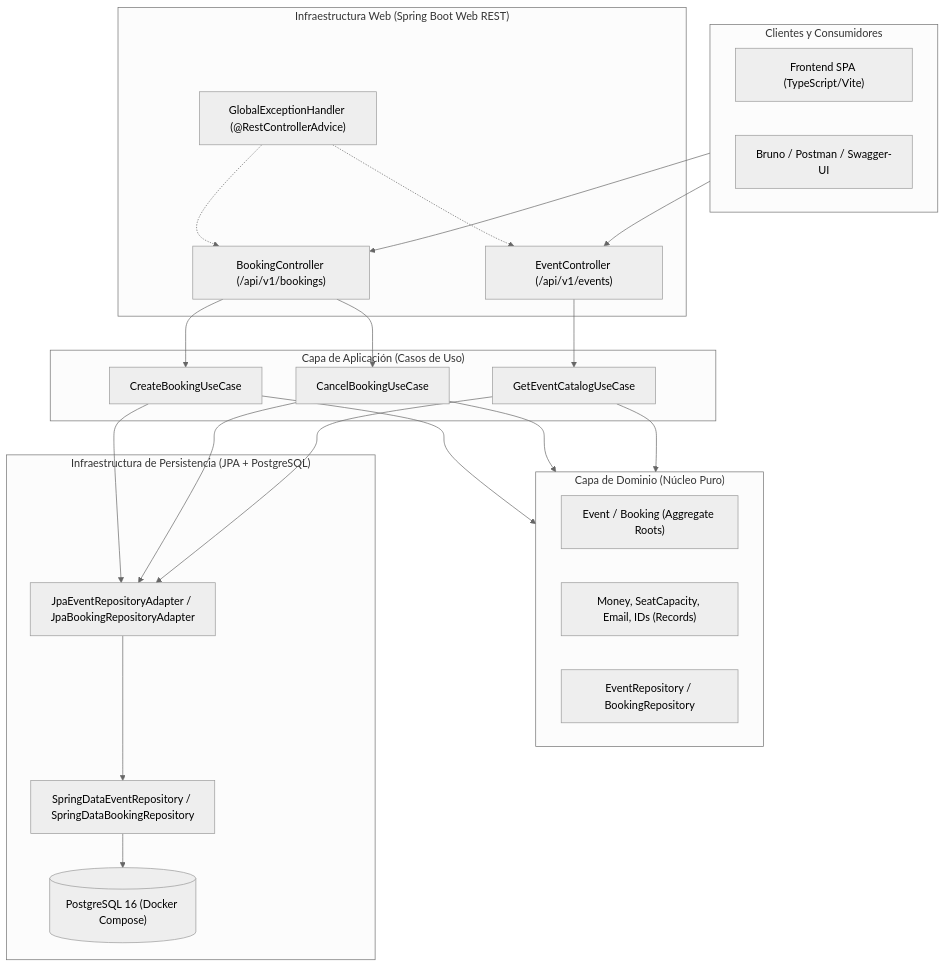
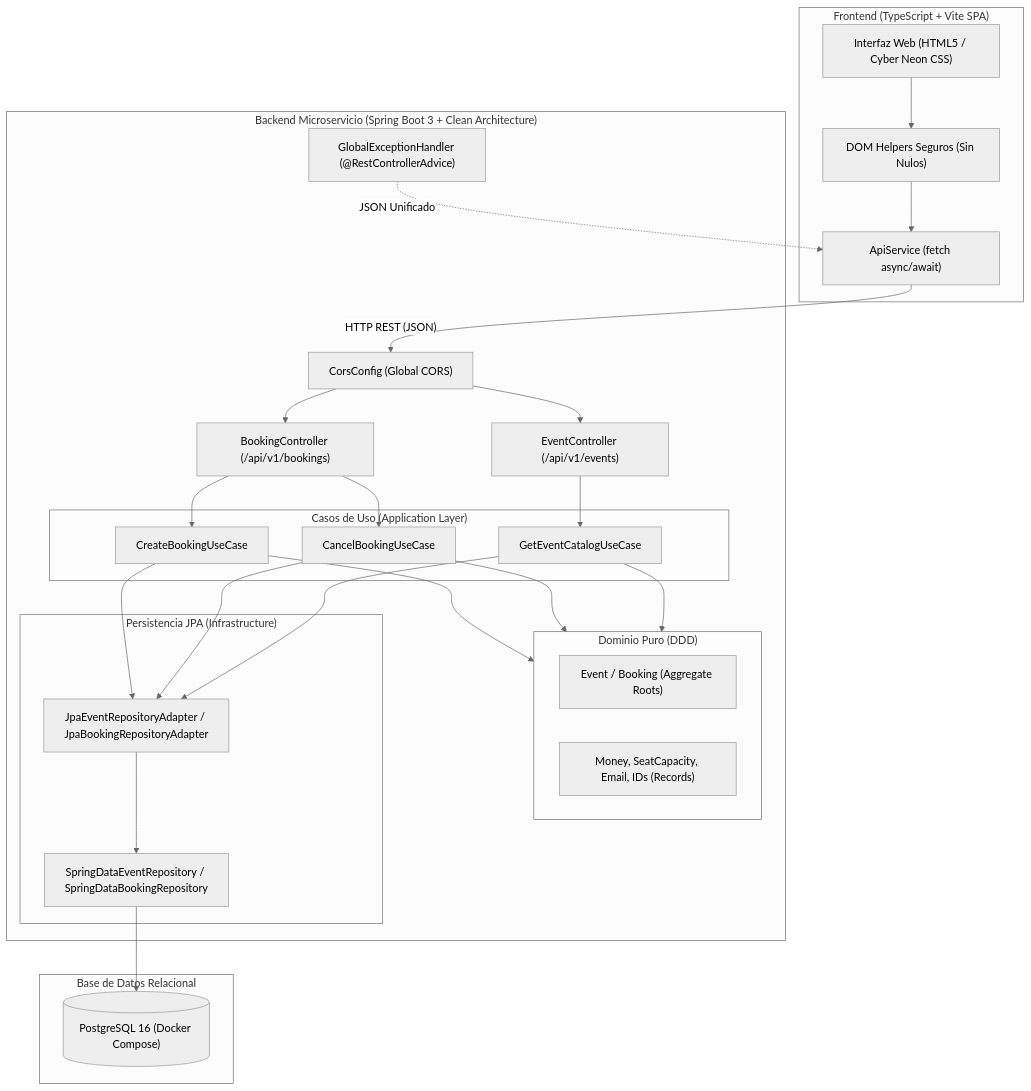
One commit to LudwigEspinosa/Fundamentos_de_Java_Globant_Talento_Ready changed the diagram in README.md. Above: the diagram before and after it, drawn with Mermaid (neutral theme). The commit also changed other lines of this file and 6 other files, not shown here.

````diff
--- a/README.md
+++ b/README.md
@@ -31,47 +31,53 @@
 ```mermaid
 graph TD
-    subgraph Client ["Clientes y Consumidores"]
-        WebSPA["Frontend SPA (TypeScript/Vite)"]
-        Bruno["Bruno / Postman / Swagger-UI"]
+    subgraph Frontend_App ["Frontend (TypeScript + Vite SPA)"]
+        UI["Interfaz Web (HTML5 / Cyber Neon CSS)"]
+        DomHelper["DOM Helpers Seguros (Sin Nulos)"]
+        ApiService["ApiService (fetch async/await)"]
     end
 
-    subgraph Infrastructure_Web ["Infraestructura Web (Spring Boot Web REST)"]
+    subgraph Backend_Microservice ["Backend Microservicio (Spring Boot 3 + Clean Architecture)"]
+        Cors["CorsConfig (Global CORS)"]
         EventCtrl["EventController (/api/v1/events)"]
         BookingCtrl["BookingController (/api/v1/bookings)"]
         Advice["GlobalExceptionHandler (@RestControllerAdvice)"]
+        
+        subgraph UseCases ["Casos de Uso (Application Layer)"]
+            CreateBooking["CreateBookingUseCase"]
+            CancelBooking["CancelBookingUseCase"]
+            GetCatalog["GetEventCatalogUseCase"]
+        end
+
+        subgraph DomainLayer ["Dominio Puro (DDD)"]
+            Aggregates["Event / Booking (Aggregate Roots)"]
+            ValueObjects["Money, SeatCapacity, Email, IDs (Records)"]
+        end
+
+        subgraph PersistenceLayer ["Persistencia JPA (Infrastructure)"]
+            JPAAdapters["JpaEventRepositoryAdapter / JpaBookingRepositoryAdapter"]
+            SpringData["SpringDataEventRepository / SpringDataBookingRepository"]
+        end
     end
 
-    subgraph Application ["Capa de Aplicación (Casos de Uso)"]
-        CreateBooking["CreateBookingUseCase"]
-        CancelBooking["CancelBookingUseCase"]
-        GetCatalog["GetEventCatalogUseCase"]
+    subgraph Database ["Base de Datos Relacional"]
+        Postgres[("PostgreSQL 16 (Docker Compose)")]
     end
 
-    subgraph Domain ["Capa de Dominio (Núcleo Puro)"]
-        Aggregates["Event / Booking (Aggregate Roots)"]
-        ValueObjects["Money, SeatCapacity, Email, IDs (Records)"]
-        RepoContracts["EventRepository / BookingRepository"]
-    end
-
-    subgraph Infrastructure_DB ["Infraestructura de Persistencia (JPA + PostgreSQL)"]
-        JPAAdapters["JpaEventRepositoryAdapter / JpaBookingRepositoryAdapter"]
-        SpringData["SpringDataEventRepository / SpringDataBookingRepository"]
-        DockerDB[("PostgreSQL 16 (Docker Compose)")]
-    end
-
-    Client --> EventCtrl
-    Client --> BookingCtrl
+    UI --> DomHelper
+    DomHelper --> ApiService
+    ApiService -- "HTTP REST (JSON)" --> Cors
+    Cors --> EventCtrl
+    Cors --> BookingCtrl
     EventCtrl --> GetCatalog
     BookingCtrl --> CreateBooking
     BookingCtrl --> CancelBooking
-    CreateBooking --> Domain
-    CancelBooking --> Domain
-    GetCatalog --> Domain
+    CreateBooking --> DomainLayer
+    CancelBooking --> DomainLayer
+    GetCatalog --> DomainLayer
     CreateBooking --> JPAAdapters
     CancelBooking --> JPAAdapters
     GetCatalog --> JPAAdapters
     JPAAdapters --> SpringData
-    SpringData --> DockerDB
-    Advice -.-> EventCtrl
-    Advice -.-> BookingCtrl
+    SpringData --> Postgres
+    Advice -. "JSON Unificado" .-> ApiService
 ```
````
